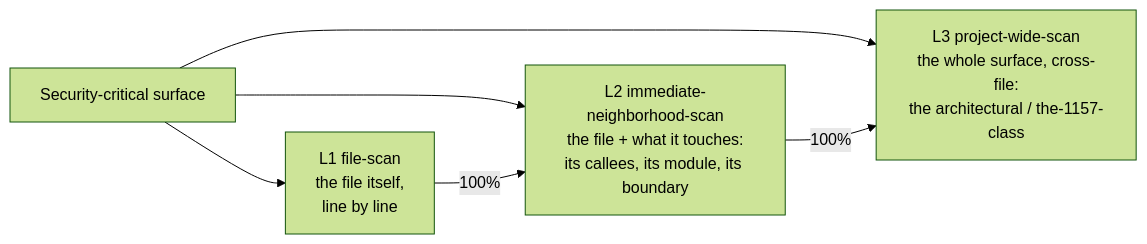
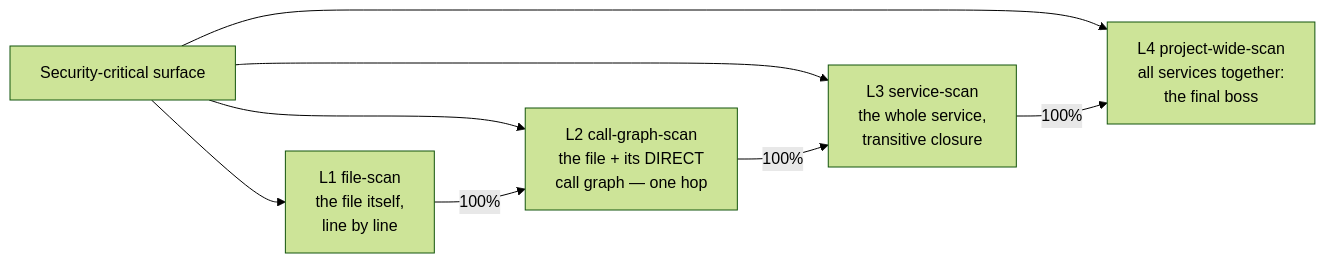
Before and after one commit to jacoby149/web10: the diagram in ai-pack/ai-security-theory/README.md, drawn with Mermaid (forest theme). The commit also changed other lines of this file and 14 other files, not shown here.

````diff
--- a/ai-pack/ai-security-theory/README.md
+++ b/ai-pack/ai-security-theory/README.md
@@ -47,10 +53,12 @@
 ```mermaid
 flowchart LR
     S[Security-critical surface] --> L1
     S --> L2
     S --> L3
+    S --> L4
     L1[L1 file-scan<br/>the file itself,<br/>line by line]
-    L2[L2 immediate-neighborhood-scan<br/>the file + what it touches:<br/>its callees, its module, its boundary]
-    L3[L3 project-wide-scan<br/>the whole surface, cross-file:<br/>the architectural / the-1157-class]
-    L1 -->|100%| L2 -->|100%| L3
+    L2[L2 call-graph-scan<br/>the file + its DIRECT<br/>call graph — one hop]
+    L3[L3 service-scan<br/>the whole service,<br/>transitive closure]
+    L4[L4 project-wide-scan<br/>all services together:<br/>the final boss]
+    L1 -->|100%| L2 -->|100%| L3 -->|100%| L4
 ```
````
